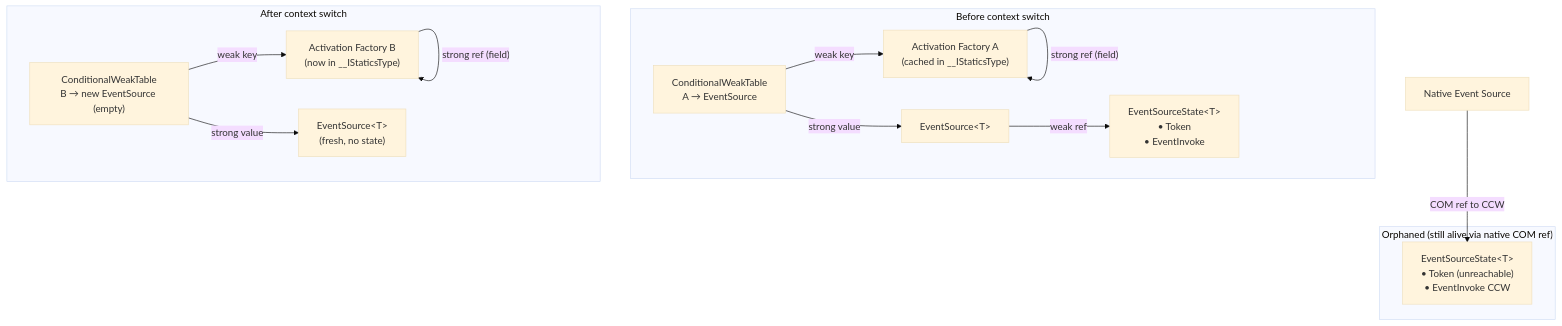
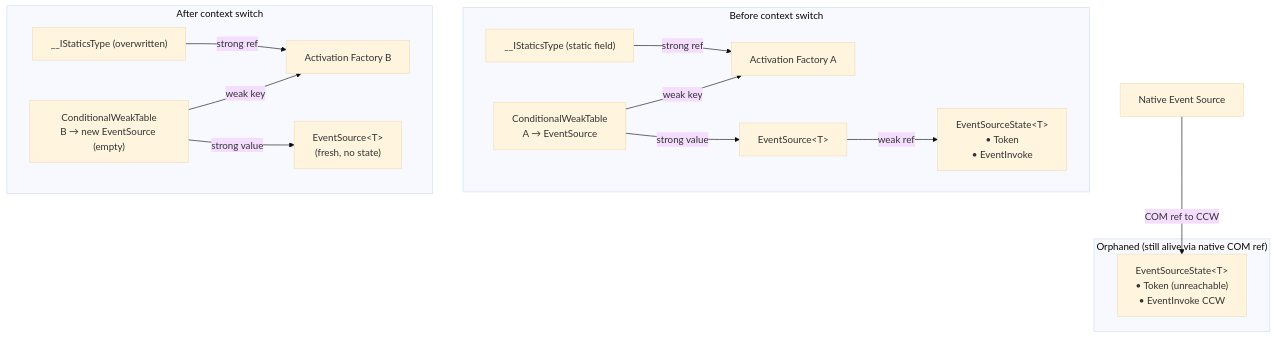
Before and after one commit to microsoft/CsWinRT: the fourth of 4 diagrams in docs/event-infrastructure.md, drawn with Mermaid (base theme).

Commit message:
Show __IStaticsType node in event graph
Update the mermaid diagram in docs/event-infrastructure.md to make the static field explicit. The changes add separate __IStaticsType nodes for "before" and "after" states, split the activation factory labels into distinct nodes, and simplify the "strong ref (field)" arrow label to "strong ref". This improves clarity of ownership/reference relationships in the event infrastructure diagram without changing substantive content.

````diff
--- a/docs/event-infrastructure.md
+++ b/docs/event-infrastructure.md
@@ -546,30 +546,32 @@
 ```mermaid
 graph TD
     subgraph "Before context switch"
-        A["Activation Factory A<br/>(cached in __IStaticsType)"]
+        FIELD_BEFORE["__IStaticsType (static field)"]
+        A["Activation Factory A"]
         CWT1["ConditionalWeakTable<br/>A → EventSource"]
         ES1["EventSource&lt;T&gt;"]
         ESS1["EventSourceState&lt;T&gt;<br/>• Token<br/>• EventInvoke"]
     end
 
-    A -->|"strong ref (field)"| A
+    FIELD_BEFORE -->|"strong ref"| A
     CWT1 -->|"weak key"| A
     CWT1 -->|"strong value"| ES1
     ES1 -->|"weak ref"| ESS1
 
     subgraph "After context switch"
-        B["Activation Factory B<br/>(now in __IStaticsType)"]
+        FIELD_AFTER["__IStaticsType (overwritten)"]
+        B["Activation Factory B"]
         CWT2["ConditionalWeakTable<br/>B → new EventSource (empty)"]
         ES2["EventSource&lt;T&gt;<br/>(fresh, no state)"]
     end
 
     subgraph "Orphaned (still alive via native COM ref)"
         ESS_ORPHAN["EventSourceState&lt;T&gt;<br/>• Token (unreachable)<br/>• EventInvoke CCW"]
     end
 
-    B -->|"strong ref (field)"| B
+    FIELD_AFTER -->|"strong ref"| B
     CWT2 -->|"weak key"| B
     CWT2 -->|"strong value"| ES2
 
     NO["Native Event Source"] -->|"COM ref to CCW"| ESS_ORPHAN
 ```
````
